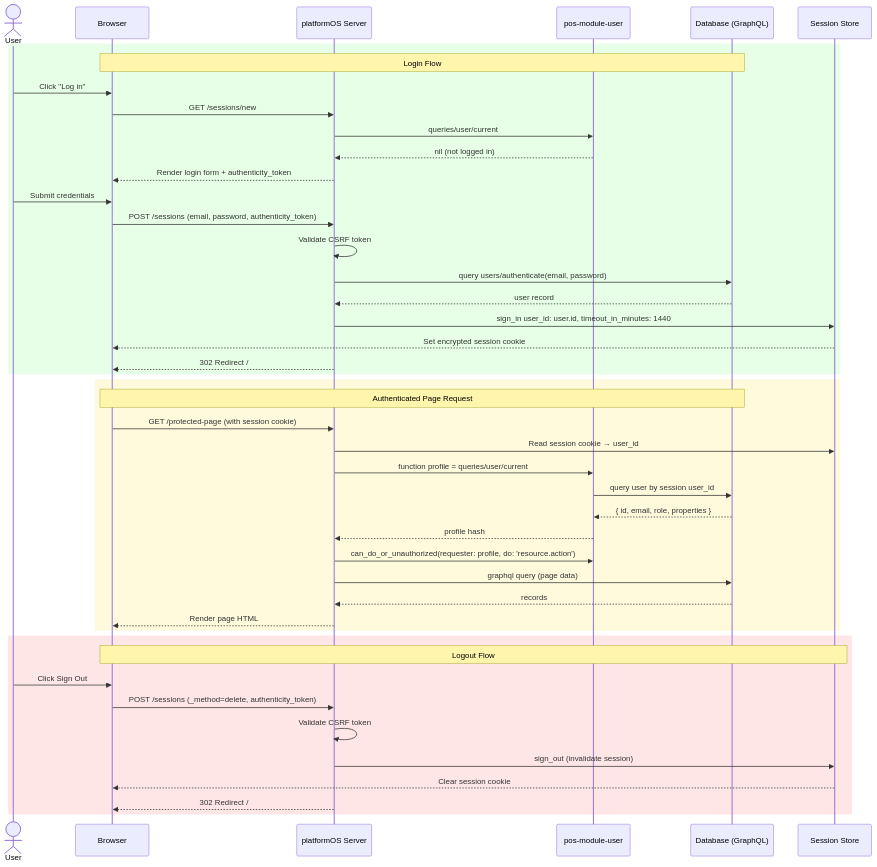
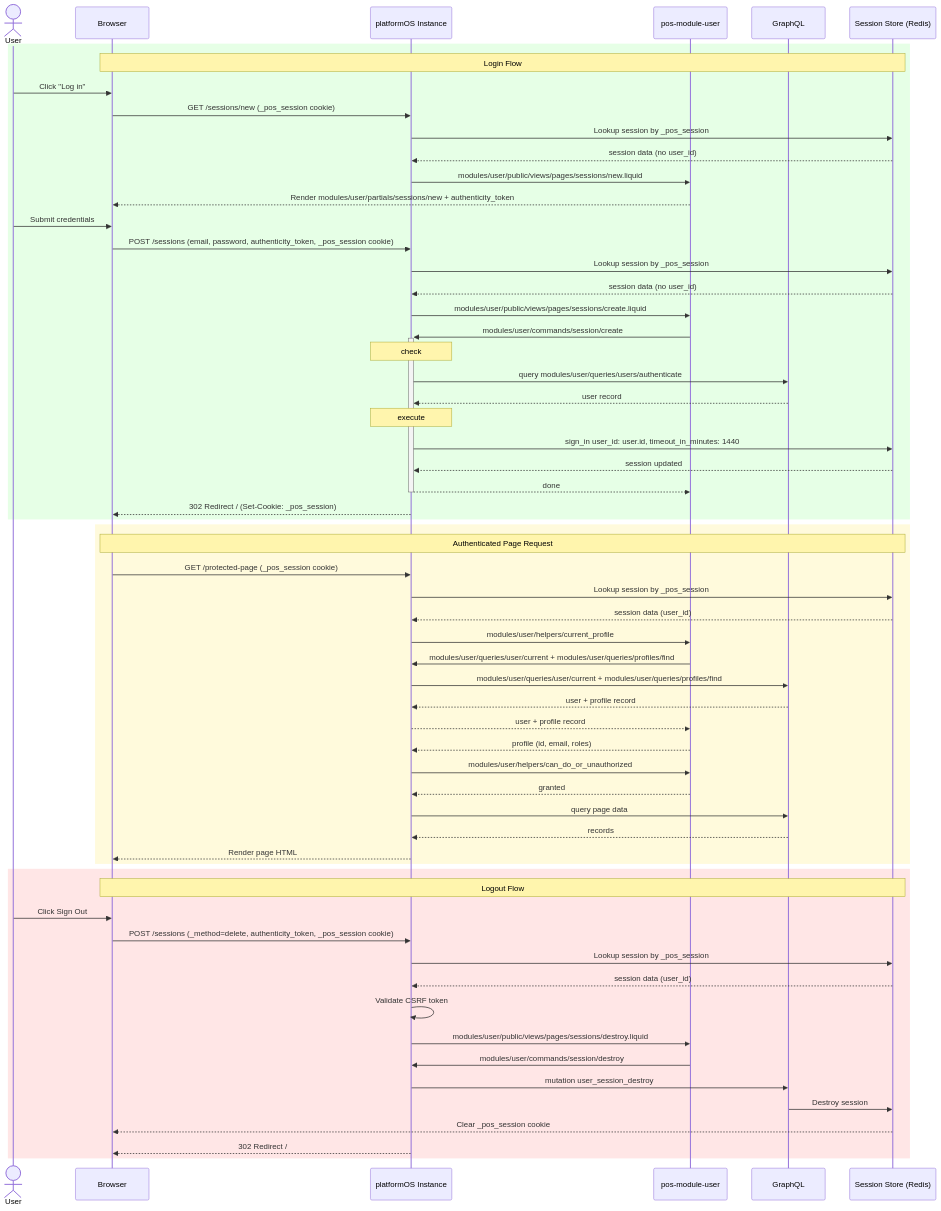
The diagram in pos-module-user/README.md (Platform-OS/pos-modules), drawn with Mermaid before and after one commit.

````diff
--- a/pos-module-user/README.md
+++ b/pos-module-user/README.md
@@ -653,54 +653,67 @@
 ```mermaid
- sequenceDiagram
+sequenceDiagram
       actor User
       participant Browser
-      participant POS as platformOS Server
+      participant POS as platformOS Instance
       participant UserModule as pos-module-user
-      participant DB as Database (GraphQL)
-      participant Session as Session Store
+      participant GQL as GraphQL
+      participant Session as Session Store (Redis)
 
-      %% ── LOGIN ─────────────────────────────────────────────────────
       rect rgb(230, 255, 230)
-          Note over Browser,DB: Login Flow
+          Note over Browser,Session: Login Flow
           User->>Browser: Click "Log in"
-          Browser->>POS: GET /sessions/new
-          POS->>UserModule: queries/user/current
-          UserModule-->>POS: nil (not logged in)
-          POS-->>Browser: Render login form + authenticity_token
+          Browser->>POS: GET /sessions/new (_pos_session cookie)
+          POS->>Session: Lookup session by _pos_session
+          Session-->>POS: session data (no user_id)
+          POS->>UserModule: modules/user/public/views/pages/sessions/new.liquid
+          UserModule-->>Browser: Render modules/user/partials/sessions/new + authenticity_token
 
           User->>Browser: Submit credentials
-          Browser->>POS: POST /sessions (email, password, authenticity_token)
-          POS->>POS: Validate CSRF token
-          POS->>DB: query users/authenticate(email, password)
-          DB-->>POS: user record
+          Browser->>POS: POST /sessions (email, password, authenticity_token, _pos_session cookie)
+          POS->>Session: Lookup session by _pos_session
+          Session-->>POS: session data (no user_id)
+          POS->>UserModule: modules/user/public/views/pages/sessions/create.liquid
+          UserModule->>+POS: modules/user/commands/session/create
+          Note over POS: check
+          POS->>GQL: query modules/user/queries/users/authenticate
+          GQL-->>POS: user record
+          Note over POS: execute
           POS->>Session: sign_in user_id: user.id, timeout_in_minutes: 1440
-          Session-->>Browser: Set encrypted session cookie
-          POS-->>Browser: 302 Redirect /
+          Session-->>POS: session updated
+          POS-->>-UserModule: done
+          POS-->>Browser: 302 Redirect / (Set-Cookie: _pos_session)
       end
 
-      %% ── AUTHENTICATED REQUEST ─────────────────────────────────────
       rect rgb(255, 250, 220)
-          Note over Browser,DB: Authenticated Page Request
-          Browser->>POS: GET /protected-page (with session cookie)
-          POS->>Session: Read session cookie → user_id
-          POS->>UserModule: function profile = queries/user/current
-          UserModule->>DB: query user by session user_id
-          DB-->>UserModule: { id, email, role, properties }
-          UserModule-->>POS: profile hash
-          POS->>UserModule: can_do_or_unauthorized(requester: profile, do: 'resource.action')
-          POS->>DB: graphql query (page data)
-          DB-->>POS: records
+          Note over Browser,Session: Authenticated Page Request
+          Browser->>POS: GET /protected-page (_pos_session cookie)
+          POS->>Session: Lookup session by _pos_session
+          Session-->>POS: session data (user_id)
+          POS->>UserModule: modules/user/helpers/current_profile
+          UserModule->>POS: modules/user/queries/user/current + modules/user/queries/profiles/find
+          POS->>GQL: modules/user/queries/user/current + modules/user/queries/profiles/find
+          GQL-->>POS: user + profile record
+          POS-->>UserModule: user + profile record
+          UserModule-->>POS: profile (id, email, roles)
+          POS->>UserModule: modules/user/helpers/can_do_or_unauthorized
+          UserModule-->>POS: granted
+          POS->>GQL: query page data
+          GQL-->>POS: records
           POS-->>Browser: Render page HTML
       end
 
-      %% ── LOGOUT ────────────────────────────────────────────────────
       rect rgb(255, 230, 230)
           Note over Browser,Session: Logout Flow
           User->>Browser: Click Sign Out
-          Browser->>POS: POST /sessions (_method=delete, authenticity_token)
+          Browser->>POS: POST /sessions (_method=delete, authenticity_token, _pos_session cookie)
+          POS->>Session: Lookup session by _pos_session
+          Session-->>POS: session data (user_id)
           POS->>POS: Validate CSRF token
-          POS->>Session: sign_out (invalidate session)
-          Session-->>Browser: Clear session cookie
+          POS->>UserModule: modules/user/public/views/pages/sessions/destroy.liquid
+          UserModule->>POS: modules/user/commands/session/destroy
+          POS->>GQL: mutation user_session_destroy
+          GQL->>Session: Destroy session
+          Session-->>Browser: Clear _pos_session cookie
           POS-->>Browser: 302 Redirect /
       end
 ```
````
